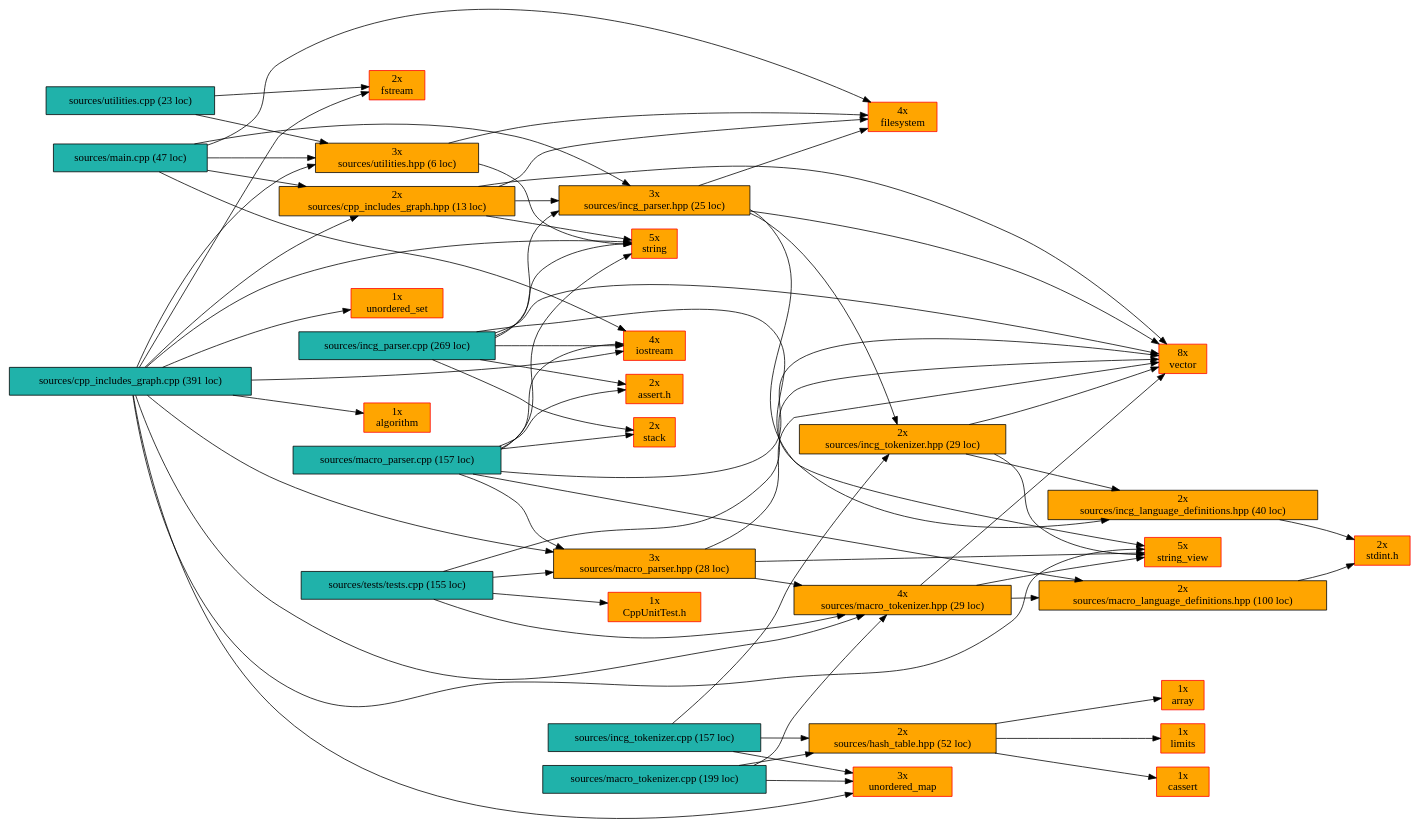
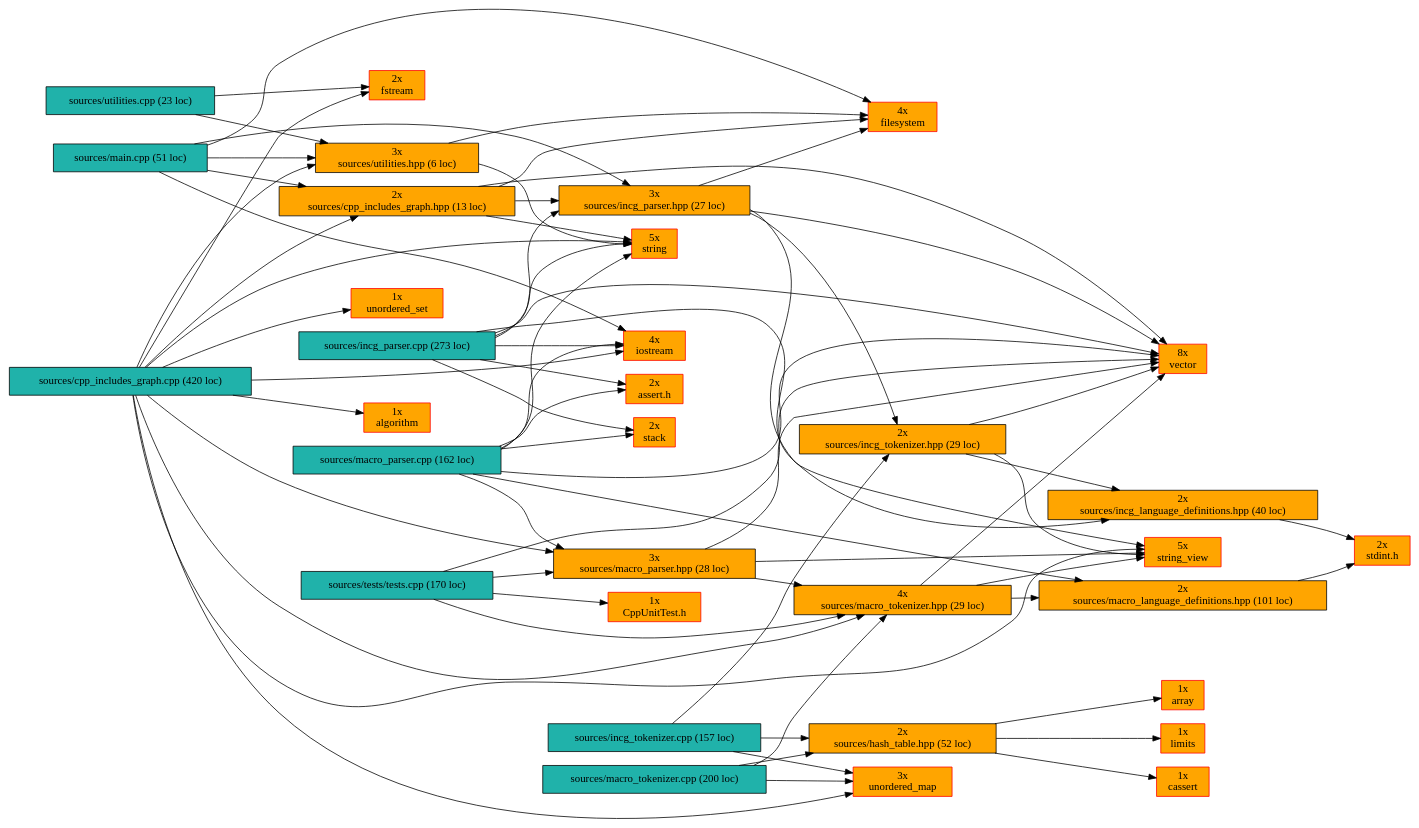
One commit to Flamaros/cpp-includes-graph changed the diagram in example/results/cpp-includes-graph.dot. Above: the diagram before and after it, drawn with Graphviz. The commit also changed 8 other files, not shown here.

```diff
--- a/example/results/cpp-includes-graph.dot
+++ b/example/results/cpp-includes-graph.dot
@@ -1,127 +1,127 @@
 digraph {
 	rankdir = LR
-	a [label="sources/cpp_includes_graph.cpp (391 loc)" shape=box, style=filled, color=black, fillcolor=lightseagreen]
+	a [label="sources/cpp_includes_graph.cpp (420 loc)" shape=box, style=filled, color=black, fillcolor=lightseagreen]
 	a -> b
 	b [label="2x
 sources/cpp_includes_graph.hpp (13 loc)" shape=box, style=filled, color=black, fillcolor=orange]
 	b -> c
 	c [label="3x
-sources/incg_parser.hpp (25 loc)" shape=box, style=filled, color=black, fillcolor=orange]
+sources/incg_parser.hpp (27 loc)" shape=box, style=filled, color=black, fillcolor=orange]
 	c -> d
 	d [label="2x
 sources/incg_tokenizer.hpp (29 loc)" shape=box, style=filled, color=black, fillcolor=orange]
 	d -> e
 	e [label="2x
 sources/incg_language_definitions.hpp (40 loc)" shape=box, style=filled, color=black, fillcolor=orange]
 	e -> f
 	f [label="2x
 stdint.h" shape=box, style=filled, color=red, fillcolor=orange]
 	d -> g
 	g [label="8x
 vector" shape=box, style=filled, color=red, fillcolor=orange]
 	d -> h
 	h [label="5x
 string_view" shape=box, style=filled, color=red, fillcolor=orange]
 	c -> g
 	c -> h
 	c -> i
 	i [label="4x
 filesystem" shape=box, style=filled, color=red, fillcolor=orange]
 	b -> i
 	b -> j
 	j [label="5x
 string" shape=box, style=filled, color=red, fillcolor=orange]
 	b -> g
 	a -> k
 	k [label="4x
 sources/macro_tokenizer.hpp (29 loc)" shape=box, style=filled, color=black, fillcolor=orange]
 	k -> l
 	l [label="2x
-sources/macro_language_definitions.hpp (100 loc)" shape=box, style=filled, color=black, fillcolor=orange]
+sources/macro_language_definitions.hpp (101 loc)" shape=box, style=filled, color=black, fillcolor=orange]
 	l -> f
 	k -> g
 	k -> h
 	a -> m
 	m [label="3x
 sources/macro_parser.hpp (28 loc)" shape=box, style=filled, color=black, fillcolor=orange]
 	m -> k
 	m -> g
 	m -> h
 	a -> n
 	n [label="3x
 sources/utilities.hpp (6 loc)" shape=box, style=filled, color=black, fillcolor=orange]
 	n -> i
 	n -> j
 	a -> o
 	o [label="1x
 algorithm" shape=box, style=filled, color=red, fillcolor=orange]
 	a -> p
 	p [label="2x
 fstream" shape=box, style=filled, color=red, fillcolor=orange]
 	a -> q
 	q [label="4x
 iostream" shape=box, style=filled, color=red, fillcolor=orange]
 	a -> j
 	a -> h
 	a -> r
 	r [label="3x
 unordered_map" shape=box, style=filled, color=red, fillcolor=orange]
 	a -> s
 	s [label="1x
 unordered_set" shape=box, style=filled, color=red, fillcolor=orange]
-	t [label="sources/incg_parser.cpp (269 loc)" shape=box, style=filled, color=black, fillcolor=lightseagreen]
+	t [label="sources/incg_parser.cpp (273 loc)" shape=box, style=filled, color=black, fillcolor=lightseagreen]
 	t -> c
 	t -> e
 	t -> j
 	t -> g
 	t -> q
 	t -> u
 	u [label="2x
 stack" shape=box, style=filled, color=red, fillcolor=orange]
 	t -> v
 	v [label="2x
 assert.h" shape=box, style=filled, color=red, fillcolor=orange]
 	w [label="sources/incg_tokenizer.cpp (157 loc)" shape=box, style=filled, color=black, fillcolor=lightseagreen]
 	w -> d
 	w -> x
 	x [label="2x
 sources/hash_table.hpp (52 loc)" shape=box, style=filled, color=black, fillcolor=orange]
 	x -> y
 	y [label="1x
 array" shape=box, style=filled, color=red, fillcolor=orange]
 	x -> z
 	z [label="1x
 limits" shape=box, style=filled, color=red, fillcolor=orange]
 	x -> ab
 	ab [label="1x
 cassert" shape=box, style=filled, color=red, fillcolor=orange]
 	w -> r
-	bb [label="sources/macro_parser.cpp (157 loc)" shape=box, style=filled, color=black, fillcolor=lightseagreen]
+	bb [label="sources/macro_parser.cpp (162 loc)" shape=box, style=filled, color=black, fillcolor=lightseagreen]
 	bb -> m
 	bb -> l
 	bb -> j
 	bb -> g
 	bb -> q
 	bb -> u
 	bb -> v
-	cb [label="sources/macro_tokenizer.cpp (199 loc)" shape=box, style=filled, color=black, fillcolor=lightseagreen]
+	cb [label="sources/macro_tokenizer.cpp (200 loc)" shape=box, style=filled, color=black, fillcolor=lightseagreen]
 	cb -> k
 	cb -> x
 	cb -> r
-	db [label="sources/main.cpp (47 loc)" shape=box, style=filled, color=black, fillcolor=lightseagreen]
+	db [label="sources/main.cpp (51 loc)" shape=box, style=filled, color=black, fillcolor=lightseagreen]
 	db -> b
 	db -> c
 	db -> n
 	db -> q
 	db -> i
-	eb [label="sources/tests/tests.cpp (155 loc)" shape=box, style=filled, color=black, fillcolor=lightseagreen]
+	eb [label="sources/tests/tests.cpp (170 loc)" shape=box, style=filled, color=black, fillcolor=lightseagreen]
 	eb -> k
 	eb -> m
 	eb -> fb
 	fb [label="1x
 CppUnitTest.h" shape=box, style=filled, color=red, fillcolor=orange]
 	eb -> g
 	gb [label="sources/utilities.cpp (23 loc)" shape=box, style=filled, color=black, fillcolor=lightseagreen]
 	gb -> n
 	gb -> p
 }
```
